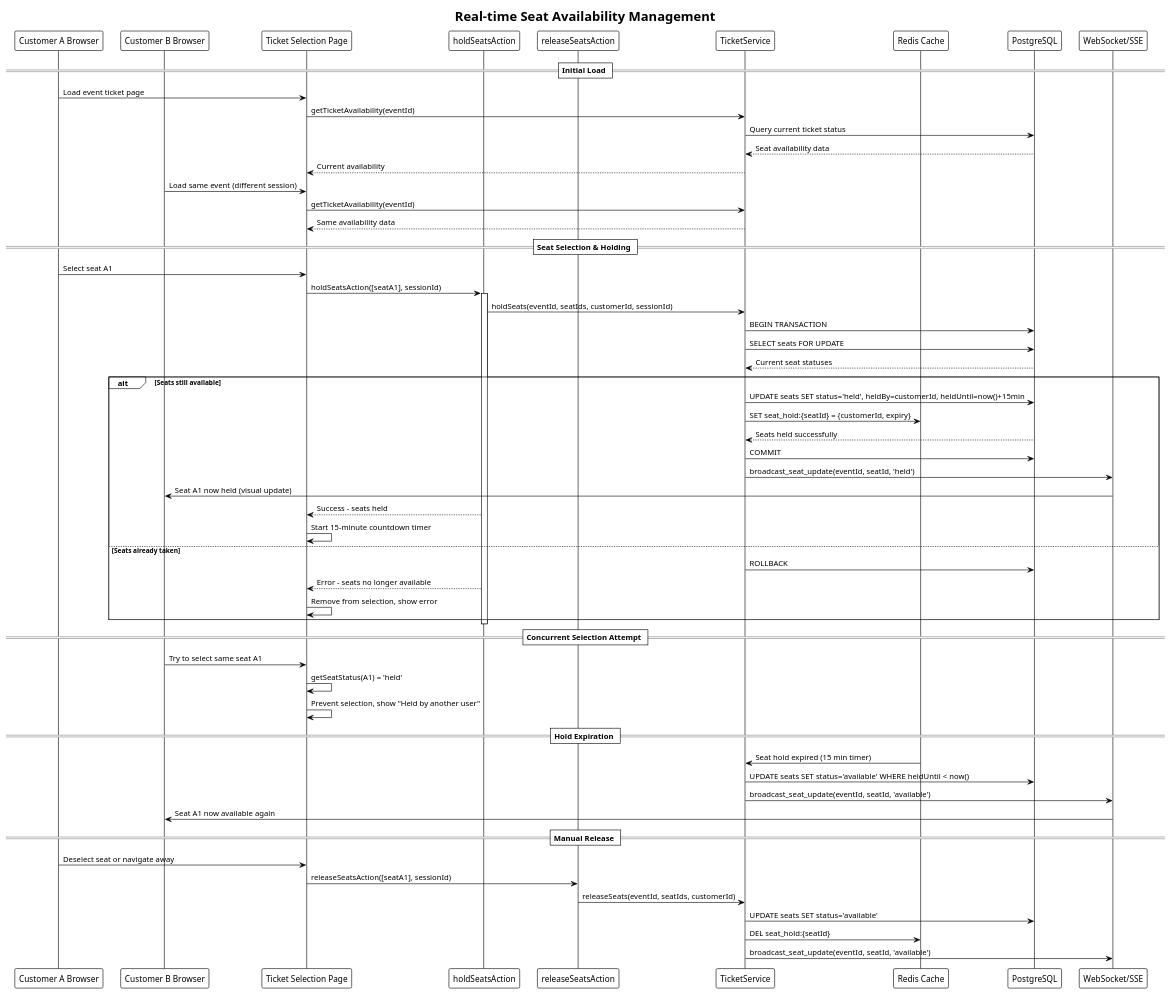
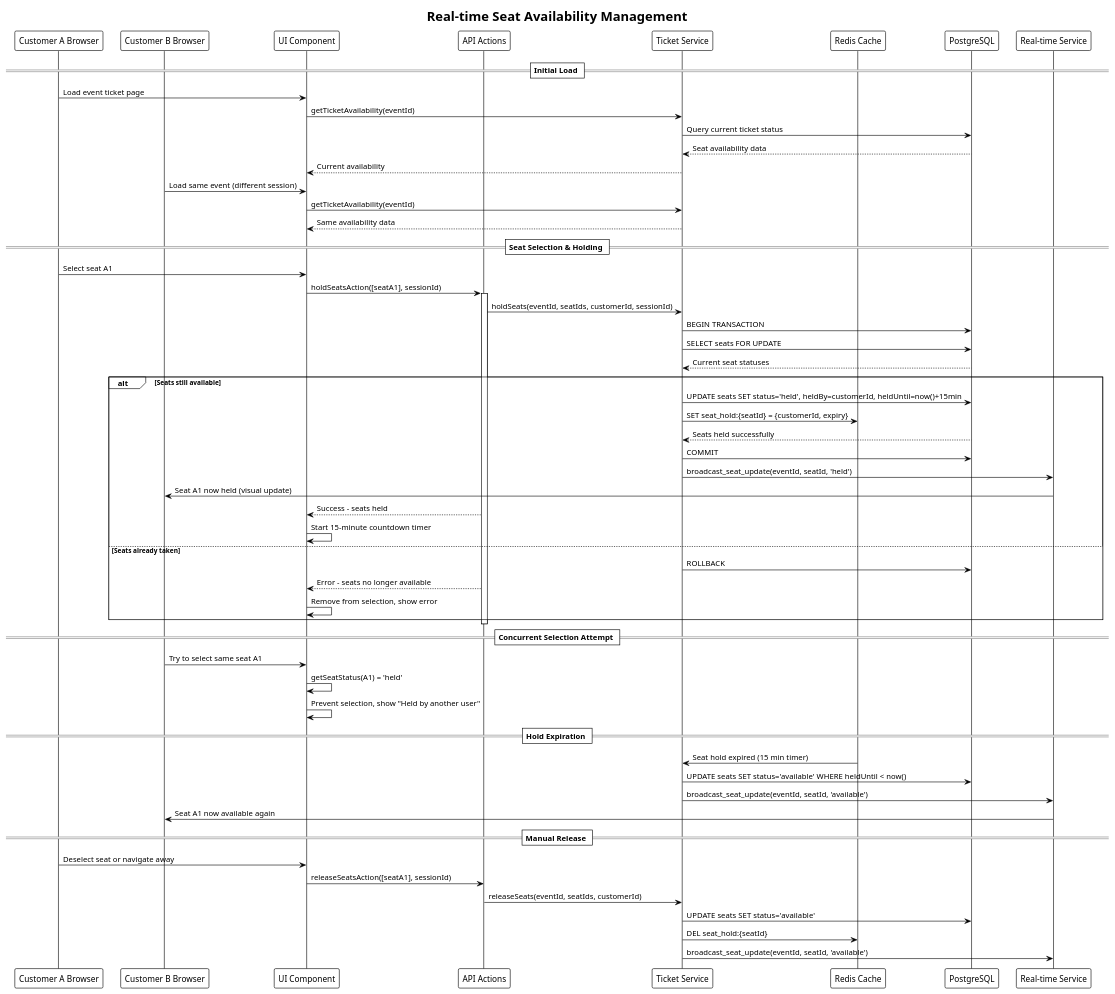
Before and after one commit to VieTicket/vieticket-monorepo: the second of 7 diagrams in puml/seat-map-customer.puml, drawn with PlantUML. The commit also changed other lines of this file and 4 other files, not shown here.

Commit message:
[OPS-28] seq diagram for seatmap

```diff
--- a/puml/seat-map-customer.puml
+++ b/puml/seat-map-customer.puml
@@ -89,73 +86,72 @@
 @startuml seat-availability-management
 !theme plain
 title Real-time Seat Availability Management
 
 participant "Customer A Browser" as CustomerA
 participant "Customer B Browser" as CustomerB
-participant "Ticket Selection Page" as TicketPage
-participant "holdSeatsAction" as HoldSeats
-participant "releaseSeatsAction" as ReleasSeats
-participant "TicketService" as Service
+participant "UI Component" as UI
+participant "API Actions" as Actions
+participant "Ticket Service" as Service
 participant "Redis Cache" as Redis
 participant "PostgreSQL" as DB
-participant "WebSocket/SSE" as RealTime
+participant "Real-time Service" as RealTime
 
 == Initial Load ==
-CustomerA -> TicketPage: Load event ticket page
-TicketPage -> Service: getTicketAvailability(eventId)
+CustomerA -> UI: Load event ticket page
+UI -> Service: getTicketAvailability(eventId)
 Service -> DB: Query current ticket status
 DB --> Service: Seat availability data
-Service --> TicketPage: Current availability
+Service --> UI: Current availability
 
-CustomerB -> TicketPage: Load same event (different session)
-TicketPage -> Service: getTicketAvailability(eventId)
-Service --> TicketPage: Same availability data
+CustomerB -> UI: Load same event (different session)
+UI -> Service: getTicketAvailability(eventId)
+Service --> UI: Same availability data
 
 == Seat Selection & Holding ==
-CustomerA -> TicketPage: Select seat A1
-TicketPage -> HoldSeats: holdSeatsAction([seatA1], sessionId)
-activate HoldSeats
+CustomerA -> UI: Select seat A1
+UI -> Actions: holdSeatsAction([seatA1], sessionId)
+activate Actions
 
-HoldSeats -> Service: holdSeats(eventId, seatIds, customerId, sessionId)
+Actions -> Service: holdSeats(eventId, seatIds, customerId, sessionId)
 Service -> DB: BEGIN TRANSACTION
 Service -> DB: SELECT seats FOR UPDATE
 DB --> Service: Current seat statuses
 
 alt Seats still available
     Service -> DB: UPDATE seats SET status='held', heldBy=customerId, heldUntil=now()+15min
     Service -> Redis: SET seat_hold:{seatId} = {customerId, expiry}
     DB --> Service: Seats held successfully
     Service -> DB: COMMIT
     
     Service -> RealTime: broadcast_seat_update(eventId, seatId, 'held')
     RealTime -> CustomerB: Seat A1 now held (visual update)
     
-    HoldSeats --> TicketPage: Success - seats held
-    TicketPage -> TicketPage: Start 15-minute countdown timer
+    Actions --> UI: Success - seats held
+    UI -> UI: Start 15-minute countdown timer
 else Seats already taken
     Service -> DB: ROLLBACK
-    HoldSeats --> TicketPage: Error - seats no longer available
-    TicketPage -> TicketPage: Remove from selection, show error
+    Actions --> UI: Error - seats no longer available
+    UI -> UI: Remove from selection, show error
 end
-deactivate HoldSeats
+deactivate Actions
 
 == Concurrent Selection Attempt ==
-CustomerB -> TicketPage: Try to select same seat A1
-TicketPage -> TicketPage: getSeatStatus(A1) = 'held'
-TicketPage -> TicketPage: Prevent selection, show "Held by another user"
+CustomerB -> UI: Try to select same seat A1
+UI -> UI: getSeatStatus(A1) = 'held'
+UI -> UI: Prevent selection, show "Held by another user"
 
 == Hold Expiration ==
 Redis -> Service: Seat hold expired (15 min timer)
 Service -> DB: UPDATE seats SET status='available' WHERE heldUntil < now()
 Service -> RealTime: broadcast_seat_update(eventId, seatId, 'available')
 RealTime -> CustomerB: Seat A1 now available again
 
 == Manual Release ==
-CustomerA -> TicketPage: Deselect seat or navigate away
-TicketPage -> ReleasSeats: releaseSeatsAction([seatA1], sessionId)
-ReleasSeats -> Service: releaseSeats(eventId, seatIds, customerId)
+CustomerA -> UI: Deselect seat or navigate away
+UI -> Actions: releaseSeatsAction([seatA1], sessionId)
+Actions -> Service: releaseSeats(eventId, seatIds, customerId)
 Service -> DB: UPDATE seats SET status='available'
 Service -> Redis: DEL seat_hold:{seatId}
 Service -> RealTime: broadcast_seat_update(eventId, seatId, 'available')
 
 @enduml
```
